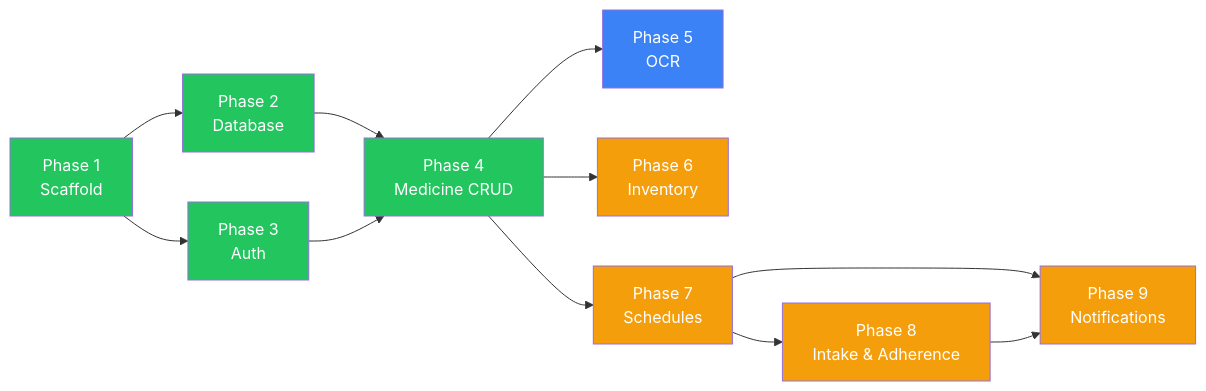
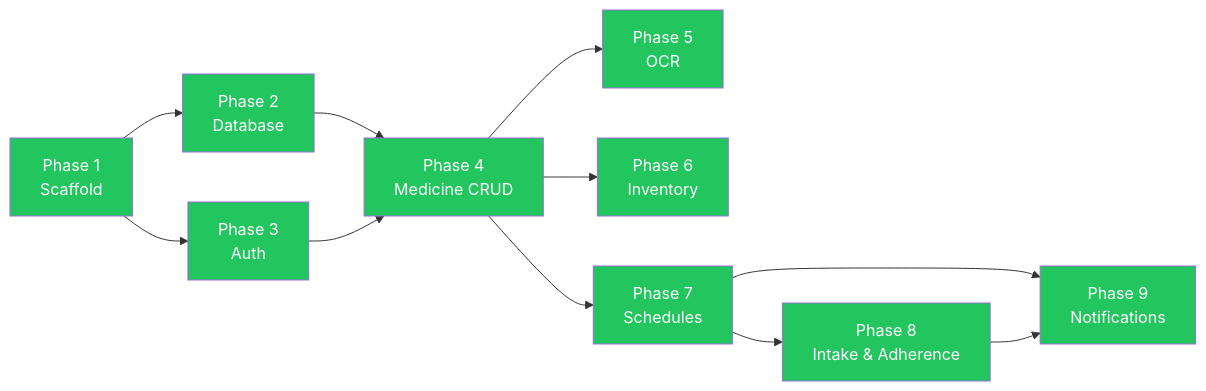
The fifth of 5 diagrams in docs/spec.md (shikhersaluja7/medicine-tracker), drawn with Mermaid before and after one commit. The commit also changed other lines of this file and 4 other files, not shown here.

````diff
--- a/docs/spec.md
+++ b/docs/spec.md
@@ -488,23 +491,23 @@
 ```mermaid
 graph LR
   P1[Phase 1<br/>Scaffold] --> P2[Phase 2<br/>Database]
   P1 --> P3[Phase 3<br/>Auth]
   P2 --> P4[Phase 4<br/>Medicine CRUD]
   P3 --> P4
   P4 --> P5[Phase 5<br/>OCR]
   P4 --> P6[Phase 6<br/>Inventory]
   P4 --> P7[Phase 7<br/>Schedules]
   P7 --> P8[Phase 8<br/>Intake & Adherence]
   P7 --> P9[Phase 9<br/>Notifications]
   P8 --> P9
 
   style P1 fill:#22c55e,color:#fff
   style P2 fill:#22c55e,color:#fff
   style P3 fill:#22c55e,color:#fff
   style P4 fill:#22c55e,color:#fff
-  style P5 fill:#3b82f6,color:#fff
-  style P6 fill:#f59e0b,color:#fff
-  style P7 fill:#f59e0b,color:#fff
-  style P8 fill:#f59e0b,color:#fff
-  style P9 fill:#f59e0b,color:#fff
+  style P5 fill:#22c55e,color:#fff
+  style P6 fill:#22c55e,color:#fff
+  style P7 fill:#22c55e,color:#fff
+  style P8 fill:#22c55e,color:#fff
+  style P9 fill:#22c55e,color:#fff
 ```
````
